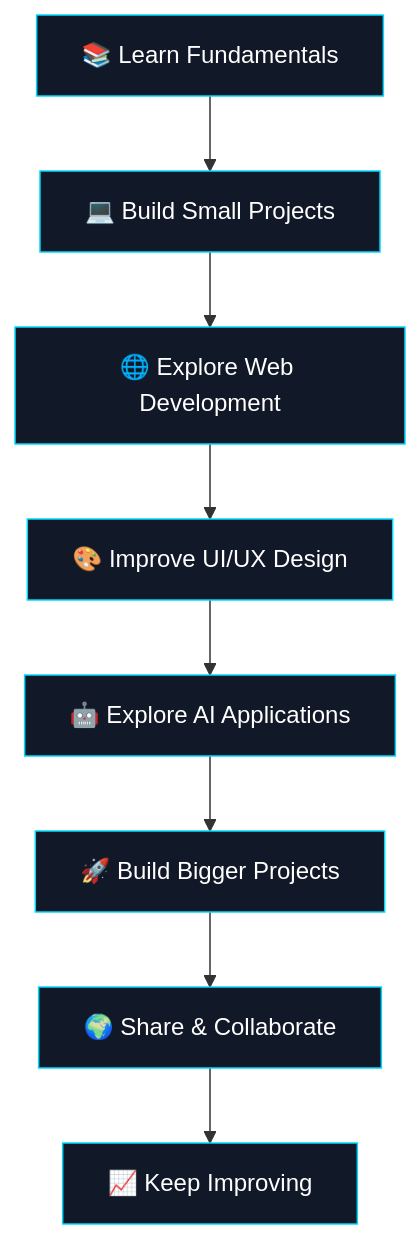
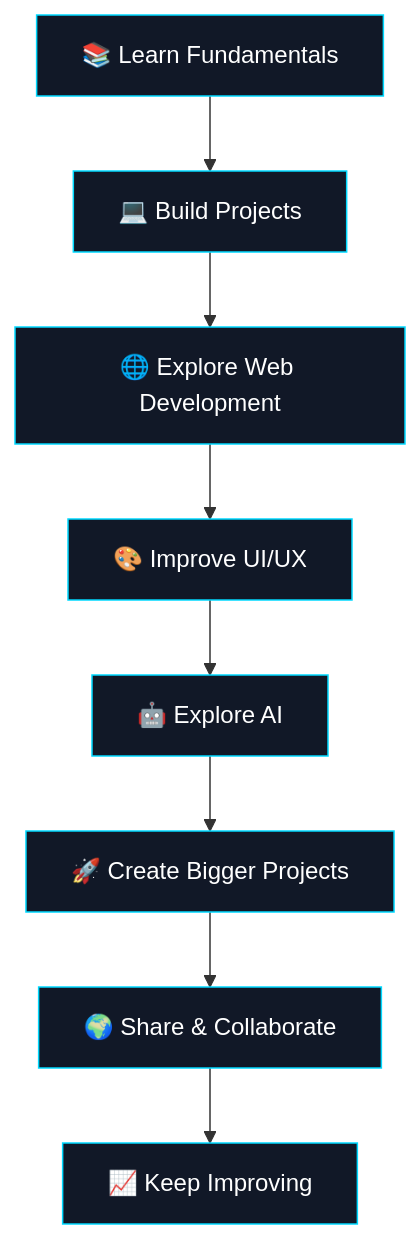
Before and after one commit to reyyanking110/reyyanking110: the diagram in README.md, drawn with Mermaid. The commit also changed other lines of this file, not shown here.

````diff
--- a/README.md
+++ b/README.md
@@ -339,19 +405,19 @@
 ```mermaid
 flowchart TD
-    A["📚 Learn Fundamentals"] --> B["💻 Build Small Projects"]
+    A["📚 Learn Fundamentals"] --> B["💻 Build Projects"]
     B --> C["🌐 Explore Web Development"]
-    C --> D["🎨 Improve UI/UX Design"]
-    D --> E["🤖 Explore AI Applications"]
-    E --> F["🚀 Build Bigger Projects"]
+    C --> D["🎨 Improve UI/UX"]
+    D --> E["🤖 Explore AI"]
+    E --> F["🚀 Create Bigger Projects"]
     F --> G["🌍 Share & Collaborate"]
     G --> H["📈 Keep Improving"]
 
     style A fill:#111827,stroke:#00D9FF,color:#FFFFFF
     style B fill:#111827,stroke:#00D9FF,color:#FFFFFF
     style C fill:#111827,stroke:#00D9FF,color:#FFFFFF
     style D fill:#111827,stroke:#00D9FF,color:#FFFFFF
     style E fill:#111827,stroke:#00D9FF,color:#FFFFFF
     style F fill:#111827,stroke:#00D9FF,color:#FFFFFF
     style G fill:#111827,stroke:#00D9FF,color:#FFFFFF
     style H fill:#111827,stroke:#00D9FF,color:#FFFFFF
 ```
````
